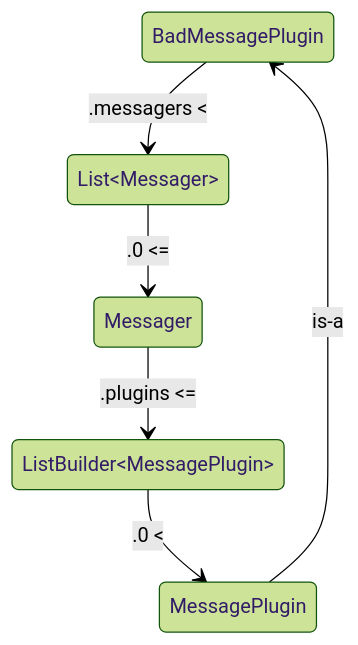
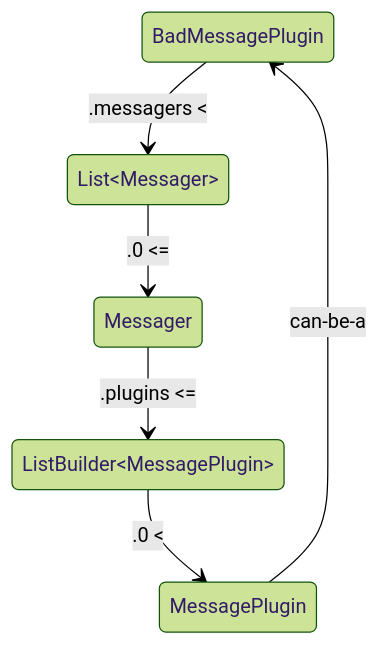
Before and after one commit to temperlang/rfcs: the eighth of 12 diagrams in rfcs/659-memory-management/README.md, drawn with Mermaid (forest theme). The commit also changed other lines of this file, not shown here.

````diff
--- a/rfcs/659-memory-management/README.md
+++ b/rfcs/659-memory-management/README.md
@@ -587,10 +849,10 @@
 ```mermaid
 stateDiagram-v2
   BadMessagePlugin --> ListMessager : .messagers #lt;
   ListMessager : List#lt;Messager#gt;
   ListMessager --> Messager : .0 #lt;=
   Messager --> ListBuilderMessagePlugin : .plugins #lt;=
   ListBuilderMessagePlugin : ListBuilder#lt;MessagePlugin#gt;
   ListBuilderMessagePlugin --> MessagePlugin : .0 #lt;
-  MessagePlugin --> BadMessagePlugin : is-a
+  MessagePlugin --> BadMessagePlugin : can-be-a
 ```
````
